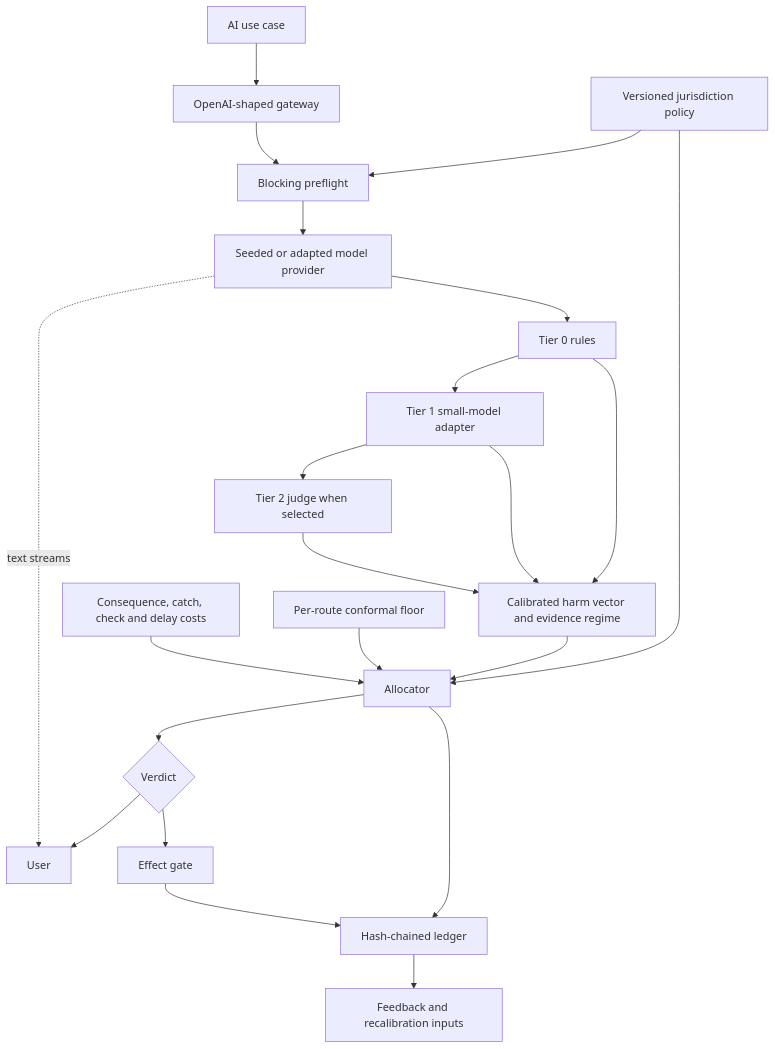
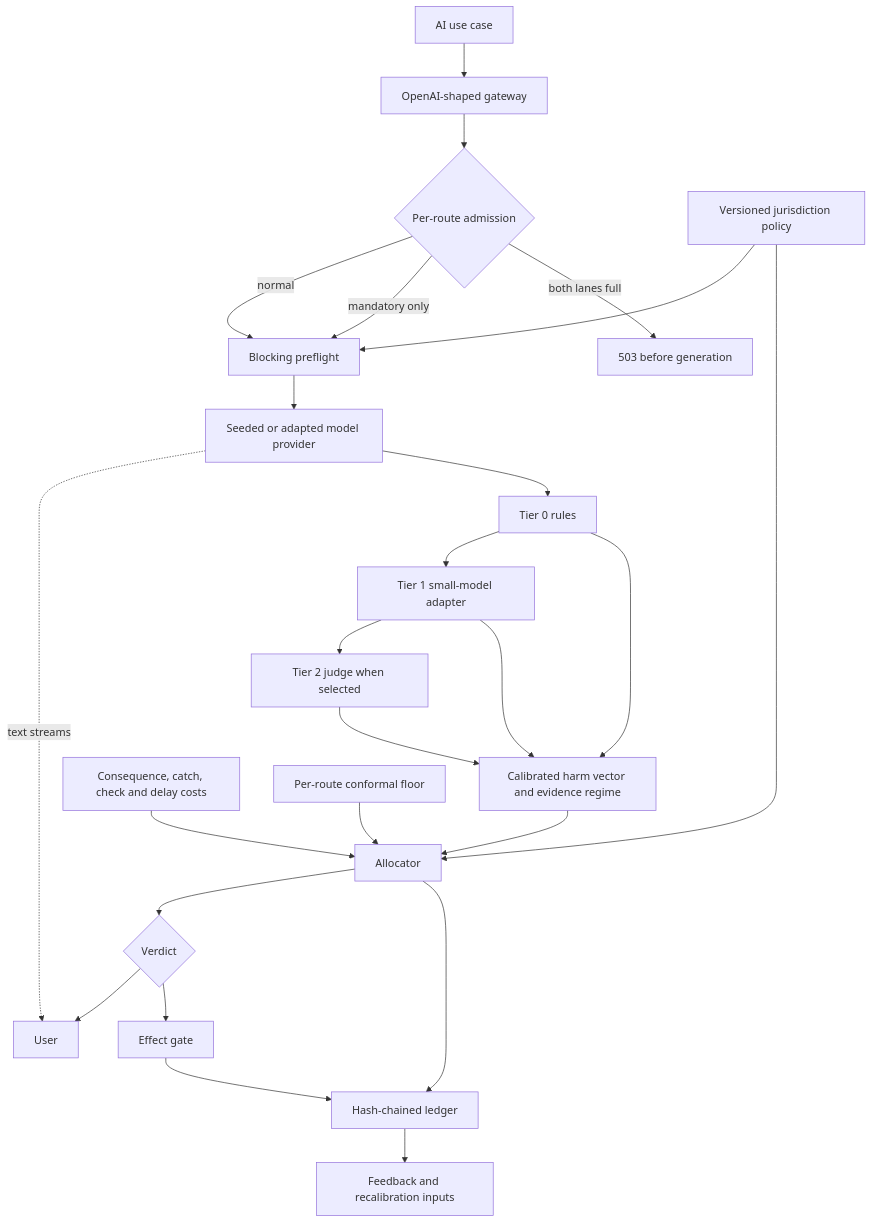
Before and after one commit to Advait-Pathak9222/BurningShadows: the diagram in docs/ARCHITECTURE.md, drawn with Mermaid. The commit also changed other lines of this file and 4 other files, not shown here.

````diff
--- a/docs/ARCHITECTURE.md
+++ b/docs/ARCHITECTURE.md
@@ -7,24 +7,27 @@
 ```mermaid
 flowchart TD
     A[AI use case] --> B[OpenAI-shaped gateway]
-    B --> C[Blocking preflight]
+    B --> Q{Per-route admission}
+    Q -->|normal| C[Blocking preflight]
+    Q -->|mandatory only| C
+    Q -->|both lanes full| X[503 before generation]
     C --> D[Seeded or adapted model provider]
     D -. text streams .-> U[User]
     D --> E0[Tier 0 rules]
     E0 --> E1[Tier 1 small-model adapter]
     E1 --> E2[Tier 2 judge when selected]
     E0 --> F[Calibrated harm vector and evidence regime]
     E1 --> F
     E2 --> F
     P[Versioned jurisdiction policy] --> C
     P --> H[Allocator]
     G[Consequence, catch, check and delay costs] --> H
     F --> H
     R[Per-route conformal floor] --> H
     H --> V{Verdict}
     V --> U
     V --> K[Effect gate]
     H --> L[Hash-chained ledger]
     K --> L
     L --> N[Feedback and recalibration inputs]
 ```
````
